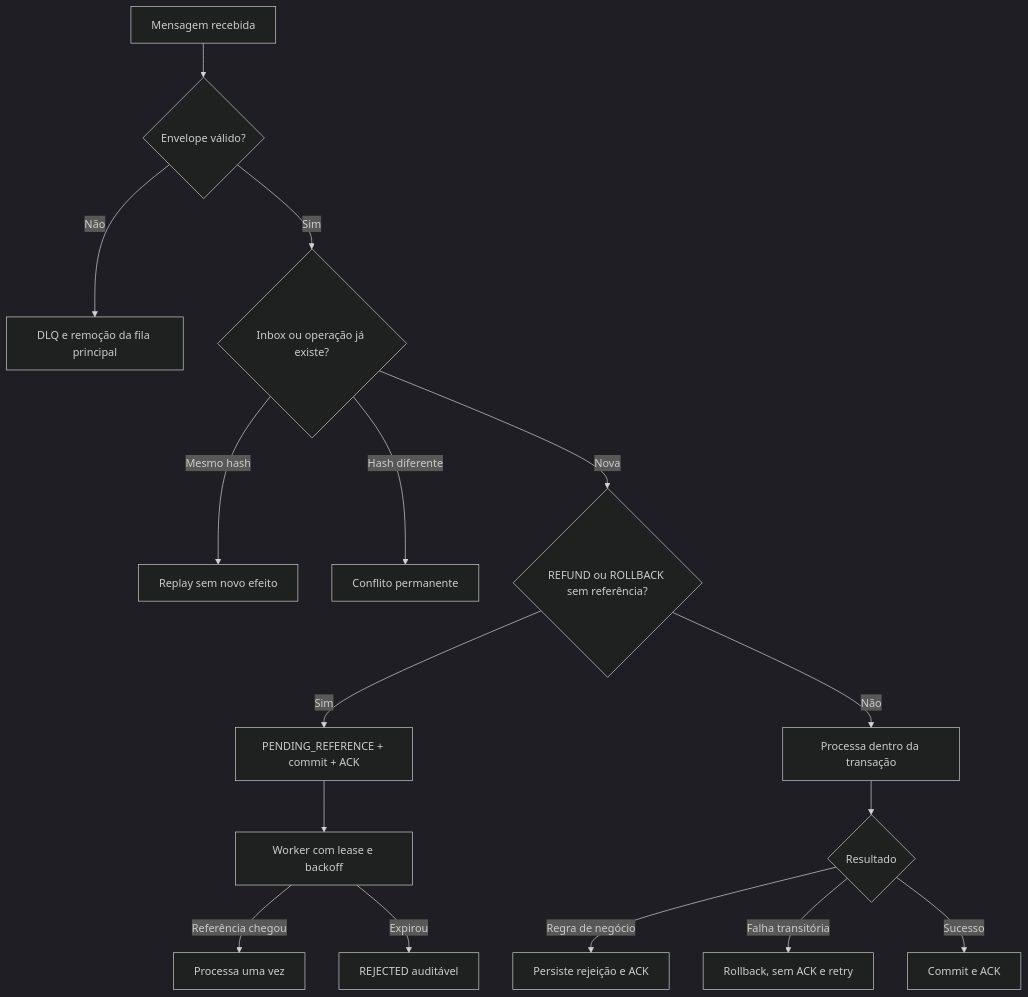
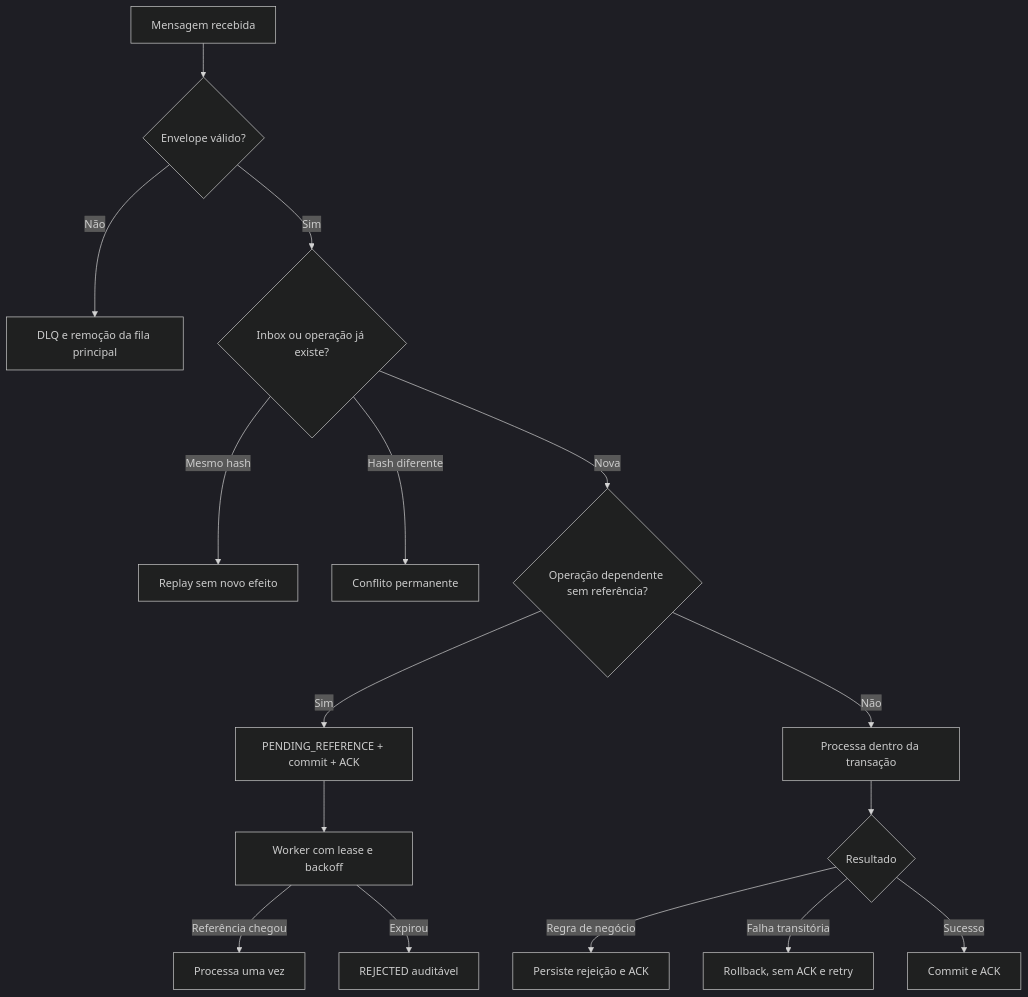
One commit to renansko/jugle-gaming-test changed the seventh of 11 diagrams in ARCHITECTURE.md. Above: the diagram before and after it, drawn with Mermaid (dark theme). The commit also changed other lines of this file and 19 other files, not shown here.

````diff
--- a/ARCHITECTURE.md
+++ b/ARCHITECTURE.md
@@ -251,18 +252,18 @@
 ```mermaid
 flowchart TD
     Receive["Mensagem recebida"] --> Valid{"Envelope válido?"}
     Valid -->|"Não"| DLQ["DLQ e remoção da fila principal"]
     Valid -->|"Sim"| Duplicate{"Inbox ou operação já existe?"}
     Duplicate -->|"Mesmo hash"| Replay["Replay sem novo efeito"]
     Duplicate -->|"Hash diferente"| Conflict["Conflito permanente"]
-    Duplicate -->|"Nova"| Dependency{"REFUND ou ROLLBACK sem referência?"}
+    Duplicate -->|"Nova"| Dependency{"Operação dependente sem referência?"}
     Dependency -->|"Sim"| Pending["PENDING_REFERENCE + commit + ACK"]
     Pending --> RetryReference["Worker com lease e backoff"]
     RetryReference -->|"Referência chegou"| Resolve["Processa uma vez"]
     RetryReference -->|"Expirou"| Reject["REJECTED auditável"]
     Dependency -->|"Não"| Process["Processa dentro da transação"]
     Process --> Failure{"Resultado"}
     Failure -->|"Regra de negócio"| Business["Persiste rejeição e ACK"]
     Failure -->|"Falha transitória"| Retry["Rollback, sem ACK e retry"]
     Failure -->|"Sucesso"| Ack["Commit e ACK"]
 ```
````
